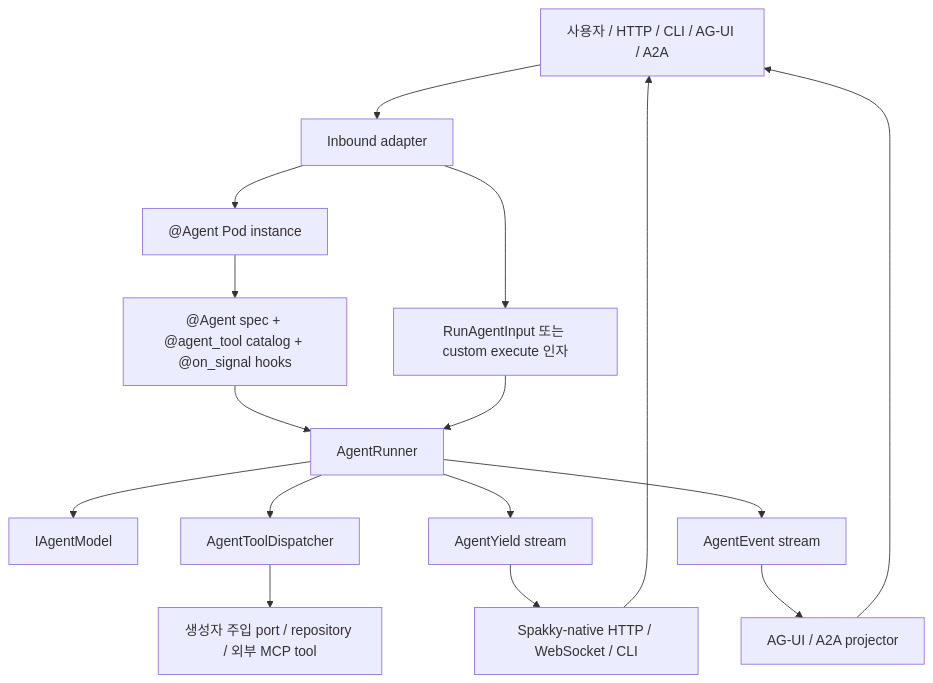
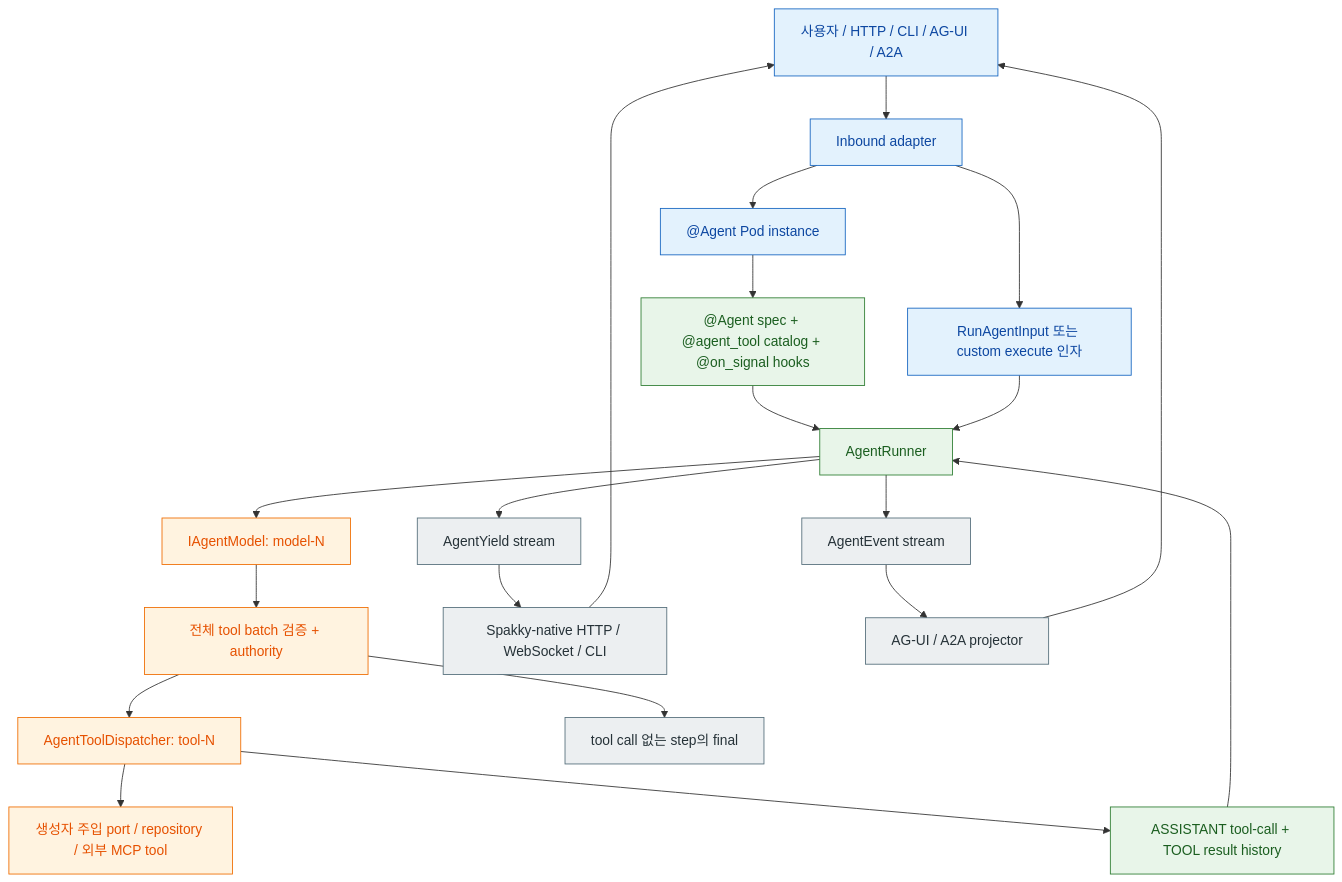
The first of 2 diagrams in docs/guides/agents.md (E5presso/spakky-framework), drawn with Mermaid before and after one commit. The commit also changed other lines of this file and 40 other files, not shown here.

Commit message:
feat(agent): add bounded iterative tool loop

````diff
--- a/docs/guides/agents.md
+++ b/docs/guides/agents.md
@@ -74,18 +73,31 @@
 ```mermaid
 flowchart TD
   Client[사용자 / HTTP / CLI / AG-UI / A2A] --> Adapter[Inbound adapter]
   Adapter --> Input[RunAgentInput 또는 custom execute 인자]
   Adapter --> AgentInstance["@Agent Pod instance"]
   AgentInstance --> Metadata["@Agent spec + @agent_tool catalog + @on_signal hooks"]
   Metadata --> Runner[AgentRunner]
   Input --> Runner
-  Runner --> Model[IAgentModel]
-  Runner --> Tools[AgentToolDispatcher]
+  Runner --> Model["IAgentModel: model-N"]
+  Model --> Batch["전체 tool batch 검증 + authority"]
+  Batch --> Tools["AgentToolDispatcher: tool-N"]
   Tools --> Ports[생성자 주입 port / repository / 외부 MCP tool]
+  Tools --> History["ASSISTANT tool-call + TOOL result history"]
+  History --> Runner
+  Batch --> Final[tool call 없는 step의 final]
   Runner --> Yield[AgentYield stream]
   Runner --> Event[AgentEvent stream]
   Yield --> Native[Spakky-native HTTP / WebSocket / CLI]
   Event --> Protocol[AG-UI / A2A projector]
   Native --> Client
   Protocol --> Client
+
+  classDef inbound fill:#E3F2FD,stroke:#1565C0,color:#0D47A1
+  classDef runner fill:#E8F5E9,stroke:#2E7D32,color:#1B5E20
+  classDef action fill:#FFF3E0,stroke:#EF6C00,color:#E65100
+  classDef output fill:#ECEFF1,stroke:#546E7A,color:#263238
+  class Client,Adapter,Input,AgentInstance inbound
+  class Metadata,Runner,History runner
+  class Model,Batch,Tools,Ports action
+  class Final,Yield,Event,Native,Protocol output
 ```
````
